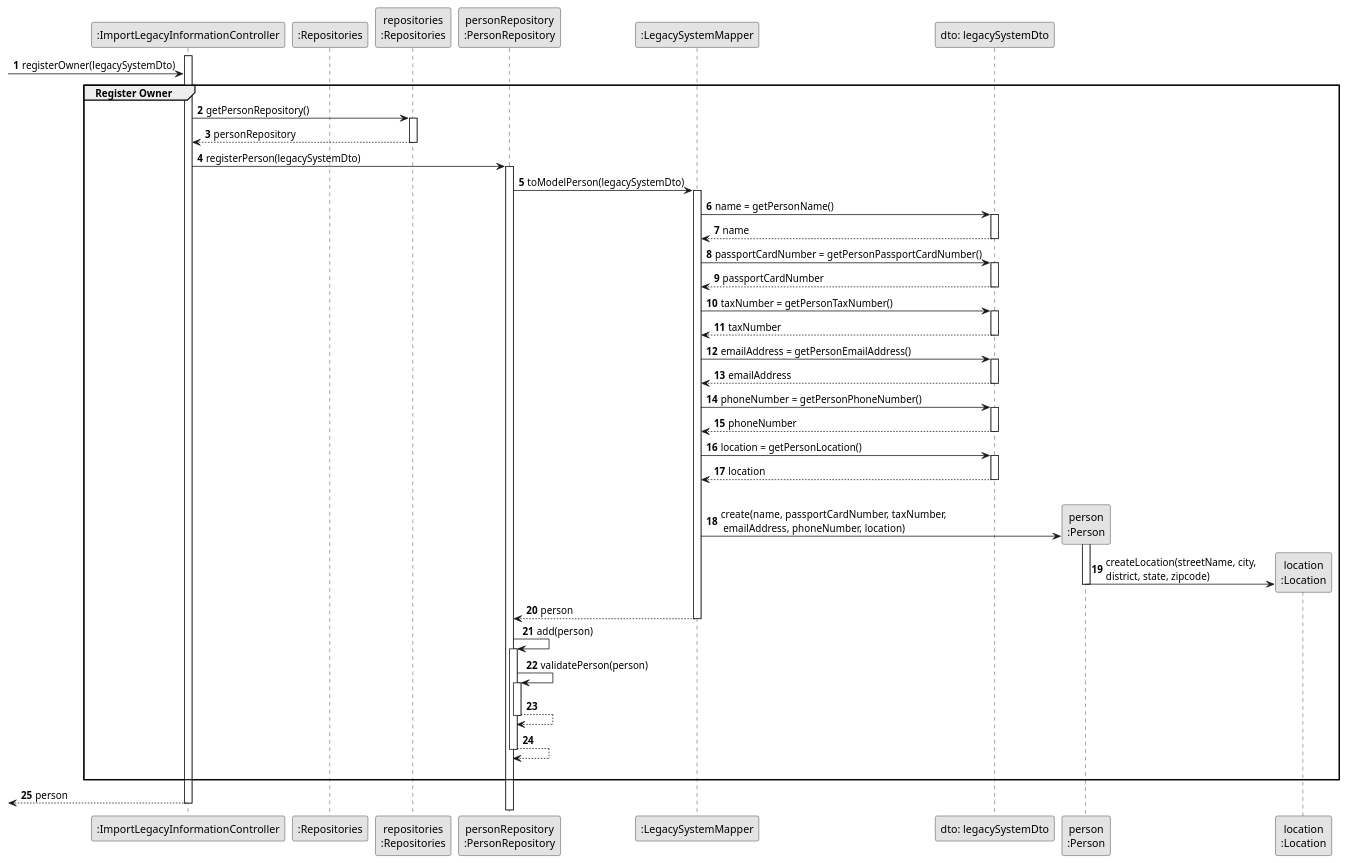
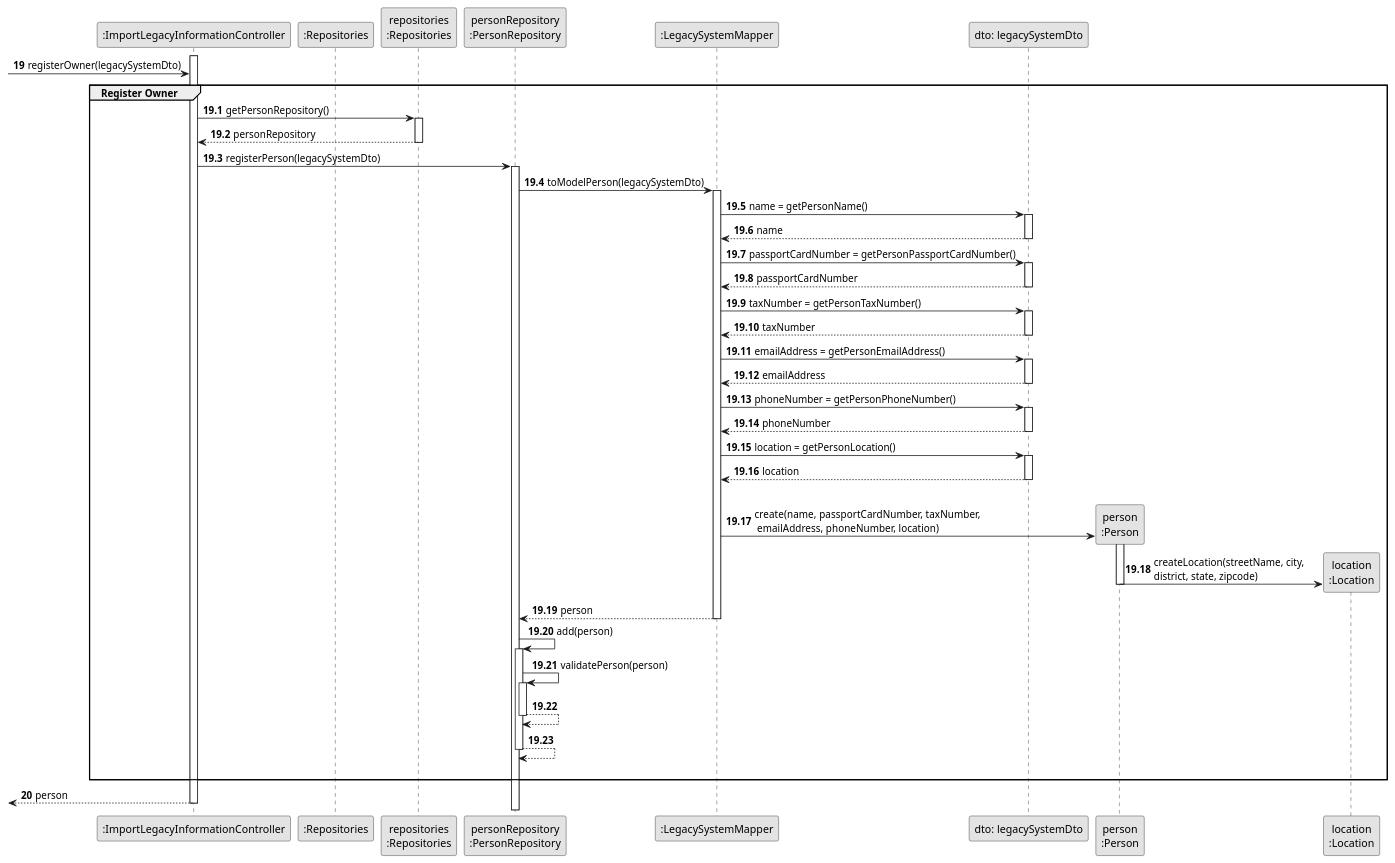
Before and after one commit to rita-barbosa/LAPR2-2223: the diagram in docs/sprintC/us012/03.design/puml/us012-sequence-diagram-partial-register-owner.puml, drawn with PlantUML. The commit also changed 13 other files, not shown here.

```diff
--- a/docs/sprintC/us012/03.design/puml/us012-sequence-diagram-partial-register-owner.puml
+++ b/docs/sprintC/us012/03.design/puml/us012-sequence-diagram-partial-register-owner.puml
@@ -1,104 +1,110 @@
 @startuml
 skinparam monochrome true
 skinparam packageStyle rectangle
 skinparam shadowing false
 
-autonumber
+
 
 'hide footbox
 participant ":ImportLegacyInformationController" as CTRL
 participant ":Repositories" as RepositorySingleton
 participant "repositories\n:Repositories" as PLAT
 participant "personRepository\n:PersonRepository" as PERSONREP
 participant ":LegacySystemMapper" as LEGSYSTMAPPER
 participant "dto: legacySystemDto" as LEGSYSTDTO
 participant "person\n:Person" as PERSON
 participant "location\n:Location" as LOCATION
 
 
 activate CTRL
 
+autonumber 19
+
     -> CTRL : registerOwner(legacySystemDto)
 
     group Register Owner
+
+    autonumber 19.1
 
     CTRL -> PLAT : getPersonRepository()
     activate PLAT
 
     PLAT --> CTRL : personRepository
     deactivate PLAT
 
     CTRL -> PERSONREP : registerPerson(legacySystemDto)
     activate PERSONREP
 
     PERSONREP -> LEGSYSTMAPPER : toModelPerson(legacySystemDto)
     activate LEGSYSTMAPPER
 
     LEGSYSTMAPPER -> LEGSYSTDTO : name = getPersonName()
     activate LEGSYSTDTO
 
     LEGSYSTDTO --> LEGSYSTMAPPER : name
     deactivate LEGSYSTDTO
 
     LEGSYSTMAPPER -> LEGSYSTDTO : passportCardNumber = getPersonPassportCardNumber()
     activate LEGSYSTDTO
 
     LEGSYSTDTO --> LEGSYSTMAPPER : passportCardNumber
     deactivate LEGSYSTDTO
 
     LEGSYSTMAPPER -> LEGSYSTDTO : taxNumber = getPersonTaxNumber()
     activate LEGSYSTDTO
 
     LEGSYSTDTO --> LEGSYSTMAPPER : taxNumber
     deactivate LEGSYSTDTO
 
     LEGSYSTMAPPER -> LEGSYSTDTO : emailAddress = getPersonEmailAddress()
     activate LEGSYSTDTO
 
     LEGSYSTDTO --> LEGSYSTMAPPER : emailAddress
     deactivate LEGSYSTDTO
 
     LEGSYSTMAPPER -> LEGSYSTDTO : phoneNumber = getPersonPhoneNumber()
     activate LEGSYSTDTO
 
     LEGSYSTDTO --> LEGSYSTMAPPER : phoneNumber
     deactivate LEGSYSTDTO
 
     LEGSYSTMAPPER -> LEGSYSTDTO : location = getPersonLocation()
     activate LEGSYSTDTO
 
     LEGSYSTDTO --> LEGSYSTMAPPER : location
     deactivate LEGSYSTDTO
 
     |||
 
     LEGSYSTMAPPER -> PERSON** : create(name, passportCardNumber, taxNumber,\n emailAddress, phoneNumber, location)
     activate PERSON
 
     PERSON -> LOCATION** : createLocation(streetName, city, \ndistrict, state, zipcode)
     deactivate PERSON
 
     LEGSYSTMAPPER --> PERSONREP : person
     deactivate LEGSYSTMAPPER
 
     PERSONREP -> PERSONREP: add(person)
     activate PERSONREP
 
         PERSONREP -> PERSONREP: validatePerson(person)
         activate PERSONREP
 
         PERSONREP --> PERSONREP :
         deactivate PERSONREP
 
     PERSONREP --> PERSONREP :
     deactivate PERSONREP
     |||
 
     end group
 
+    autonumber 20
+
     <-- CTRL : person
 
 deactivate CTRL
 
 
 @enduml
```
